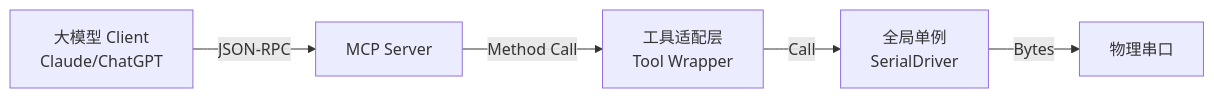
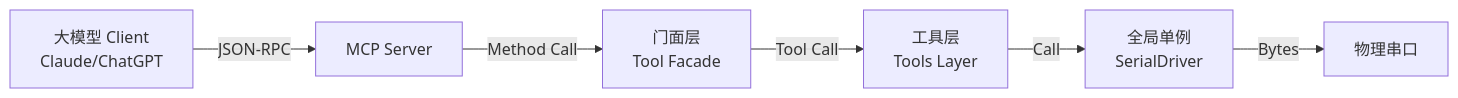
The diagram in doc/04-系统集成与 AI 逻辑规范 (System Integration & AI Logic Spec).md (niusulong/serial2mcp1), drawn with Mermaid before and after one commit. The commit also changed other lines of this file and 14 other files, not shown here.

````diff
--- a/doc/04-系统集成与 AI 逻辑规范 (System Integration & AI Logic Spec).md
+++ b/doc/04-系统集成与 AI 逻辑规范 (System Integration & AI Logic Spec).md
@@ -17,7 +17,8 @@
 ```mermaid
 graph LR
     LLM[大模型 Client<br>Claude/ChatGPT] -- JSON-RPC --> MCP[MCP Server]
-    MCP -- Method Call --> Wrapper[工具适配层<br>Tool Wrapper]
-    Wrapper -- Call --> Driver[全局单例<br>SerialDriver]
+    MCP -- Method Call --> Facade[门面层<br>Tool Facade]
+    Facade -- Tool Call --> Tools[工具层<br>Tools Layer]
+    Tools -- Call --> Driver[全局单例<br>SerialDriver]
     Driver -- Bytes --> HW[物理串口]
 ```
````
